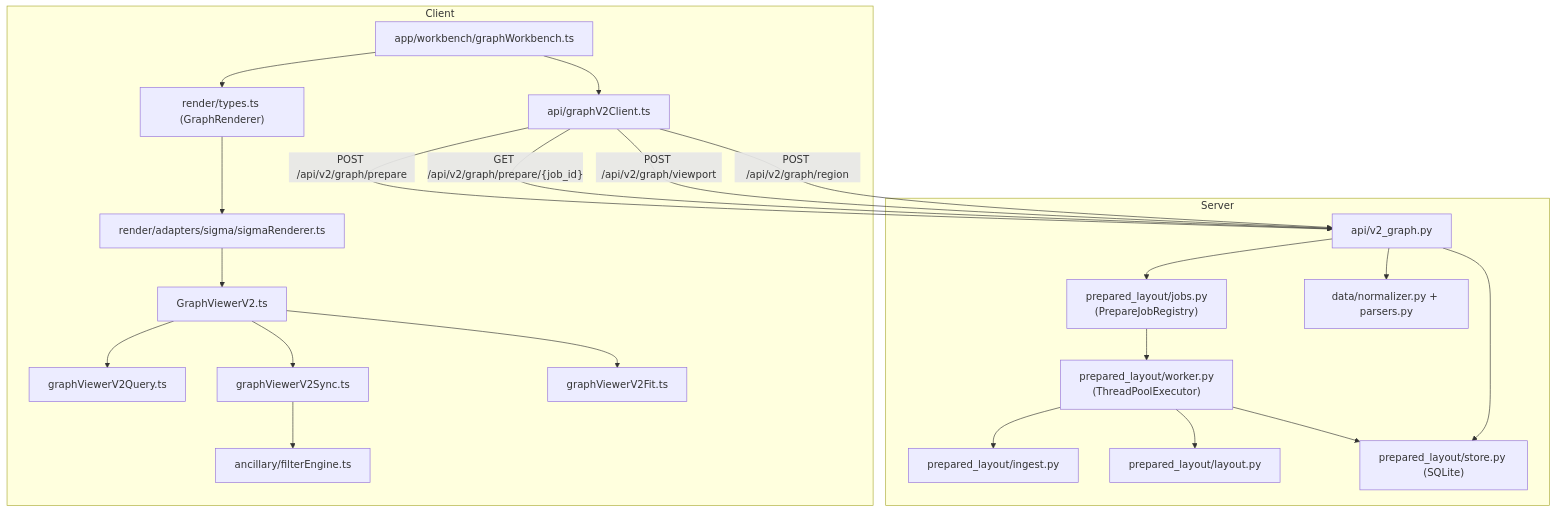
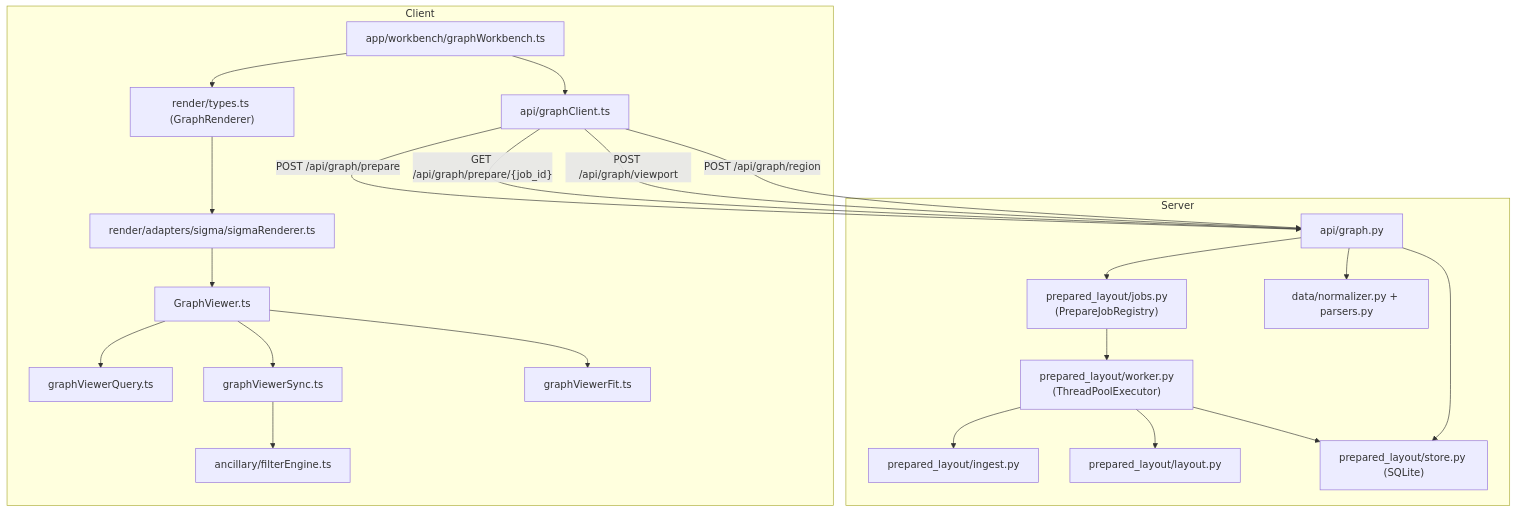
Before and after one commit to phyloviz/phylo-lens: the first of 2 diagrams in docs/ARCHITECTURE_SPEC.md, drawn with Mermaid. The commit also changed other lines of this file and 33 other files, not shown here.

````diff
--- a/docs/ARCHITECTURE_SPEC.md
+++ b/docs/ARCHITECTURE_SPEC.md
@@ -179,46 +179,46 @@
 ```mermaid
 flowchart TD
   subgraph Client
     WB["app/workbench/graphWorkbench.ts"]
-    APIC["api/graphV2Client.ts"]
+    APIC["api/graphClient.ts"]
     RPORT["render/types.ts (GraphRenderer)"]
     SR["render/adapters/sigma/sigmaRenderer.ts"]
-    GV2["GraphViewerV2.ts"]
-    QRY["graphViewerV2Query.ts"]
-    SYNC["graphViewerV2Sync.ts"]
-    FIT["graphViewerV2Fit.ts"]
+    GVW["GraphViewer.ts"]
+    QRY["graphViewerQuery.ts"]
+    SYNC["graphViewerSync.ts"]
+    FIT["graphViewerFit.ts"]
     FILT["ancillary/filterEngine.ts"]
 
     WB --> APIC
     WB --> RPORT
     RPORT --> SR
-    SR --> GV2
-    GV2 --> QRY
-    GV2 --> SYNC
-    GV2 --> FIT
+    SR --> GVW
+    GVW --> QRY
+    GVW --> SYNC
+    GVW --> FIT
     SYNC --> FILT
   end
 
   subgraph Server
-    V2["api/v2_graph.py"]
+    SRV["api/graph.py"]
     WORK["prepared_layout/worker.py<br/>(ThreadPoolExecutor)"]
     JOBS["prepared_layout/jobs.py<br/>(PrepareJobRegistry)"]
     ING["prepared_layout/ingest.py"]
     LAY["prepared_layout/layout.py"]
     STORE["prepared_layout/store.py (SQLite)"]
     DATA["data/normalizer.py + parsers.py"]
 
-    V2 --> DATA
-    V2 --> JOBS
+    SRV --> DATA
+    SRV --> JOBS
     JOBS --> WORK
     WORK --> ING
     WORK --> LAY
     WORK --> STORE
-    V2 --> STORE
+    SRV --> STORE
   end
 
-  APIC -->|"POST /api/v2/graph/prepare"| V2
-  APIC -->|"GET /api/v2/graph/prepare/{job_id}"| V2
-  APIC -->|"POST /api/v2/graph/viewport"| V2
-  APIC -->|"POST /api/v2/graph/region"| V2
+  APIC -->|"POST /api/graph/prepare"| SRV
+  APIC -->|"GET /api/graph/prepare/{job_id}"| SRV
+  APIC -->|"POST /api/graph/viewport"| SRV
+  APIC -->|"POST /api/graph/region"| SRV
 ```
````
